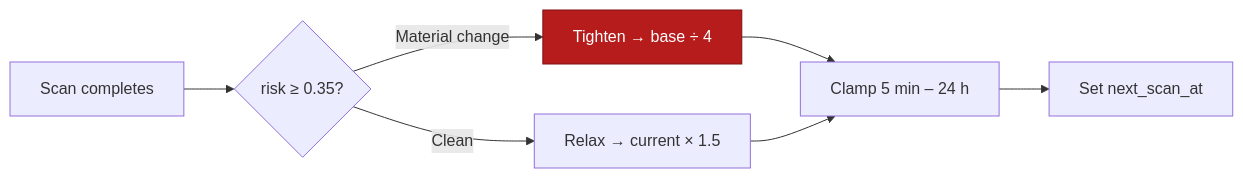
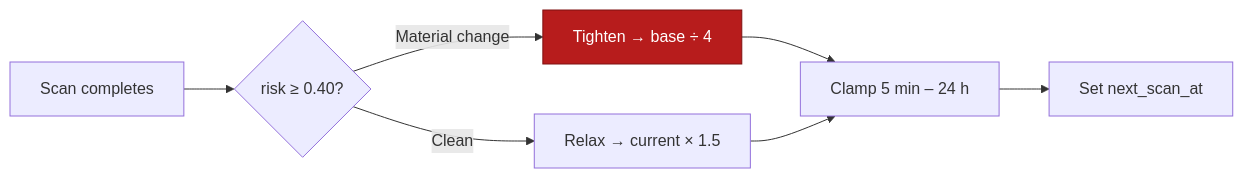
One commit to Ns81000/WARDRESS changed the second of 2 diagrams in docs/detection-layers.mdx. Above: the diagram before and after it, drawn with Mermaid. The commit also changed other lines of this file and 8 other files, not shown here.

````diff
--- a/docs/detection-layers.mdx
+++ b/docs/detection-layers.mdx
@@ -77,12 +77,12 @@
 ```mermaid
 flowchart LR
-    SCAN[Scan completes] --> Q{risk ≥ 0.35?}
+    SCAN[Scan completes] --> Q{risk ≥ 0.40?}
     Q -->|Material change| T["Tighten → base ÷ 4"]
     Q -->|Clean| R["Relax → current × 1.5"]
     T --> C[Clamp 5 min – 24 h]
     R --> C
     C --> N[Set next_scan_at]
 
     classDef hot fill:#b71c1c,stroke:#7f1010,color:#fff;
     class T hot;
 ```
````
